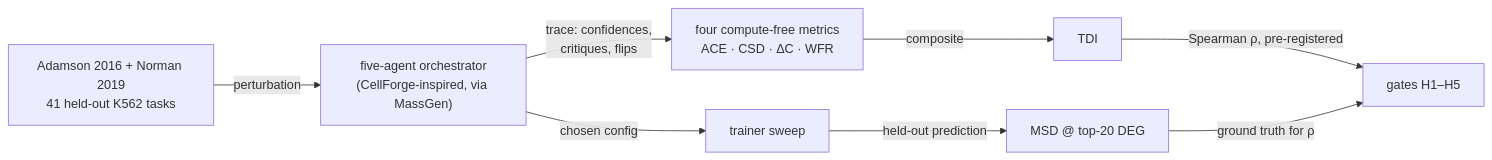
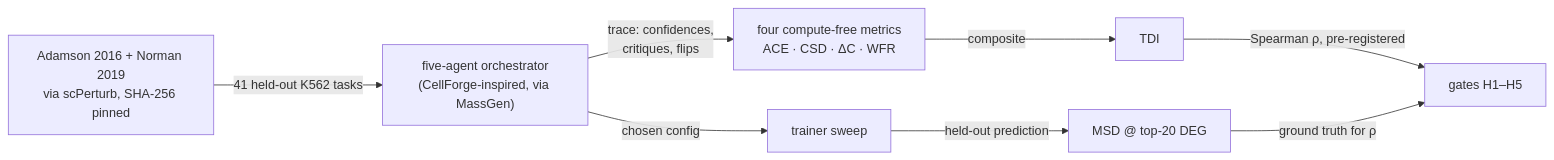
The diagram in workstreams/_adhoc/perturb-seq-eval-paper.md (supmo668/bioFM), drawn with Mermaid before and after one commit. The commit also changed other lines of this file, not shown here.

````diff
--- a/workstreams/_adhoc/perturb-seq-eval-paper.md
+++ b/workstreams/_adhoc/perturb-seq-eval-paper.md
@@ -28,10 +30,10 @@
 ```mermaid
 flowchart LR
-  D["Adamson 2016 + Norman 2019<br/>41 held-out K562 tasks"] -->|"perturbation"| O["five-agent orchestrator<br/>(CellForge-inspired, via MassGen)"]
+  D["Adamson 2016 + Norman 2019<br/>via scPerturb, SHA-256 pinned"] -->|"41 held-out K562 tasks"| O["five-agent orchestrator<br/>(CellForge-inspired, via MassGen)"]
   O -->|"trace: confidences,<br/>critiques, flips"| M["four compute-free metrics<br/>ACE · CSD · ΔC · WFR"]
   O -->|"chosen config"| T["trainer sweep"]
   T -->|"held-out prediction"| E["MSD @ top-20 DEG"]
   M -->|"composite"| X["TDI"]
   X -->|"Spearman ρ, pre-registered"| G["gates H1–H5"]
   E -->|"ground truth for ρ"| G
 ```
````
